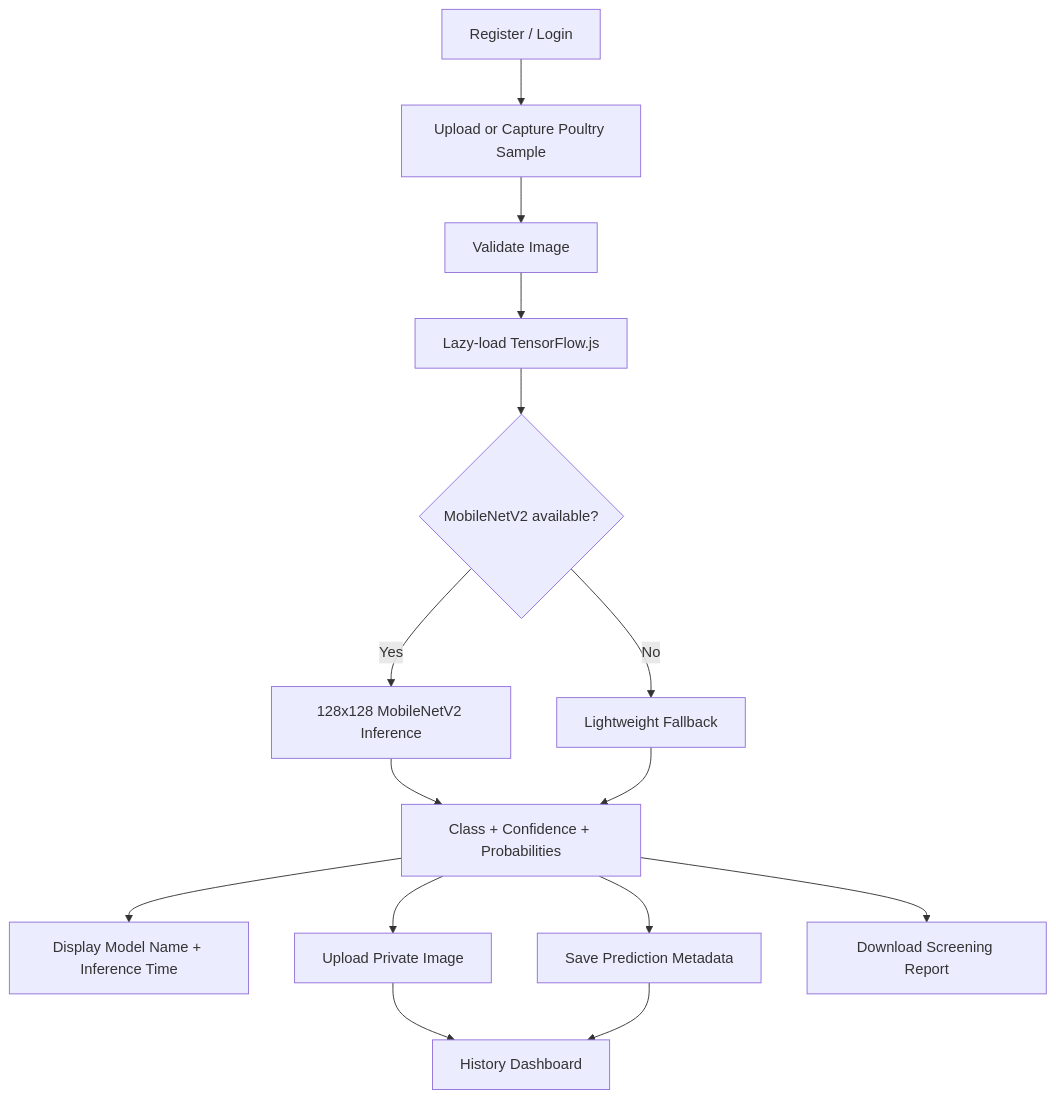
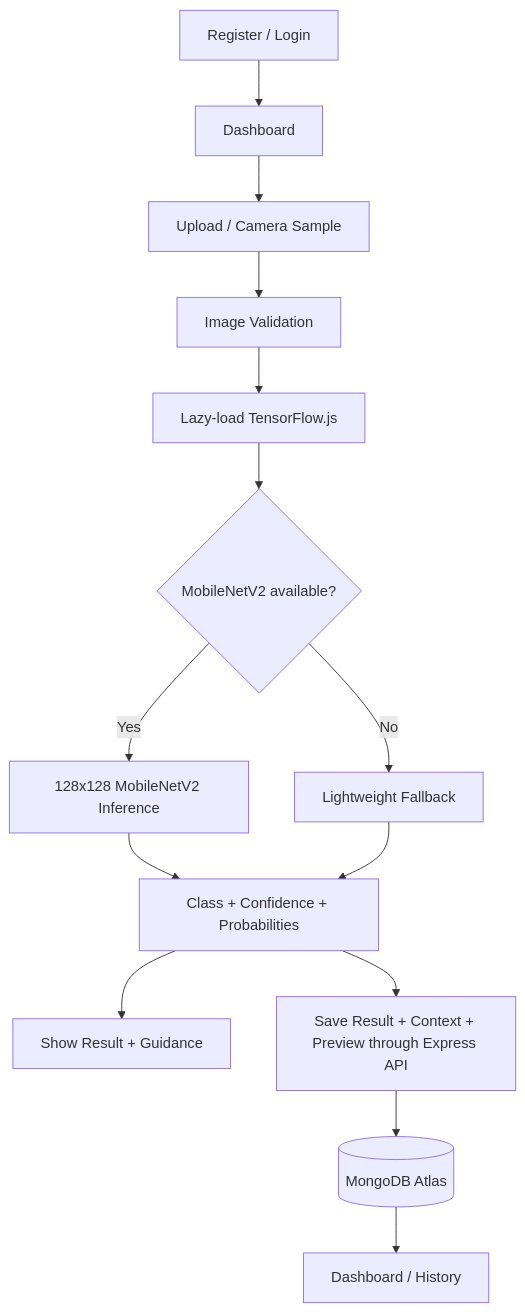
One commit to Mithun9661/poultry-disease-classification changed the second of 2 diagrams in README.md. Above: the diagram before and after it, drawn with Mermaid. The commit also changed other lines of this file, not shown here.

Commit message:
docs: align README with final MongoDB production architecture

````diff
--- a/README.md
+++ b/README.md
@@ -158,17 +111,16 @@
 ```mermaid
 flowchart TD
-    A[Register / Login] --> B[Upload or Capture Poultry Sample]
-    B --> C[Validate Image]
-    C --> D[Lazy-load TensorFlow.js]
-    D --> E{MobileNetV2 available?}
-    E -- Yes --> F[128x128 MobileNetV2 Inference]
-    E -- No --> G[Lightweight Fallback]
-    F --> H[Class + Confidence + Probabilities]
-    G --> H
-    H --> I[Display Model Name + Inference Time]
-    H --> J[Upload Private Image]
-    H --> K[Save Prediction Metadata]
-    J --> L[History Dashboard]
-    K --> L
-    H --> M[Download Screening Report]
+    A[Register / Login] --> B[Dashboard]
+    B --> C[Upload / Camera Sample]
+    C --> D[Image Validation]
+    D --> E[Lazy-load TensorFlow.js]
+    E --> F{MobileNetV2 available?}
+    F -- Yes --> G[128x128 MobileNetV2 Inference]
+    F -- No --> H[Lightweight Fallback]
+    G --> I[Class + Confidence + Probabilities]
+    H --> I
+    I --> J[Show Result + Guidance]
+    I --> K[Save Result + Context + Preview through Express API]
+    K --> L[(MongoDB Atlas)]
+    L --> M[Dashboard / History]
 ```
````
